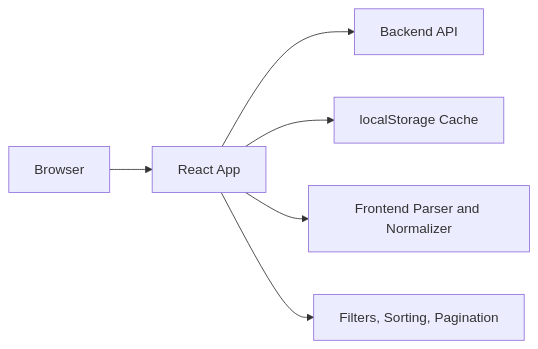
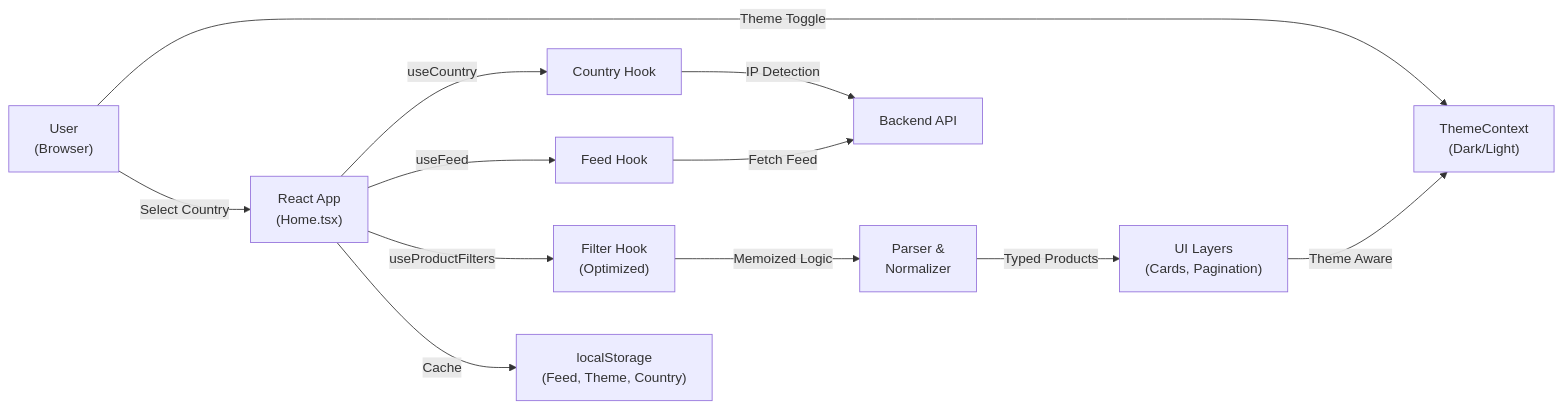
Before and after one commit to klausss30/RefurbRadar-frontend: the diagram in README.md, drawn with Mermaid. The commit also changed other lines of this file, not shown here.

Commit message:
docs: update README with enhanced features, optimizations, and theme system details

````diff
--- a/README.md
+++ b/README.md
@@ -28,8 +50,14 @@
 ```mermaid
 flowchart LR
-  User["Browser"] --> ReactApp["React App"]
-  ReactApp --> API["Backend API"]
-  ReactApp --> LocalStorage["localStorage Cache"]
-  ReactApp --> Parser["Frontend Parser and Normalizer"]
-  ReactApp --> UI["Filters, Sorting, Pagination"]
+  User["User<br/>(Browser)"] -->|Theme Toggle| ThemeCtx["ThemeContext<br/>(Dark/Light)"]
+  User -->|Select Country| ReactApp["React App<br/>(Home.tsx)"]
+  ReactApp -->|useCountry| CountryHook["Country Hook"]
+  CountryHook -->|IP Detection| API["Backend API"]
+  ReactApp -->|useFeed| FeedHook["Feed Hook"]
+  FeedHook -->|Fetch Feed| API
+  ReactApp -->|useProductFilters| FilterHook["Filter Hook<br/>(Optimized)"]
+  FilterHook -->|Memoized Logic| Parser["Parser &<br/>Normalizer"]
+  Parser -->|Typed Products| UI["UI Layers<br/>(Cards, Pagination)"]
+  UI -->|Theme Aware| ThemeCtx
+  ReactApp -->|Cache| LocalStorage["localStorage<br/>(Feed, Theme, Country)"]
 ```
````
